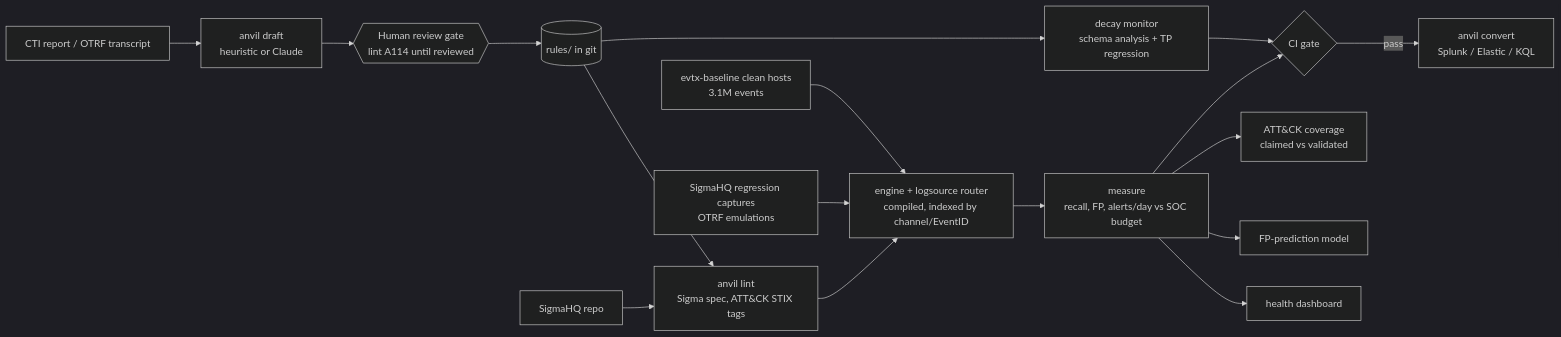
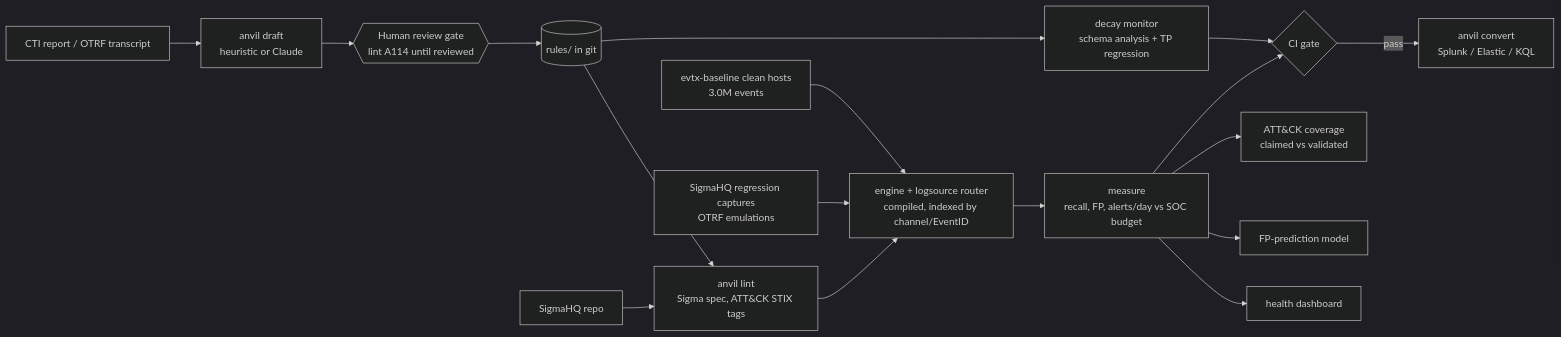
The diagram in README.md (rakshit-737/anvil), drawn with Mermaid (dark theme) before and after one commit. The commit also changed other lines of this file and 4 other files, not shown here.

````diff
--- a/README.md
+++ b/README.md
@@ -27,19 +27,19 @@
 ```mermaid
 flowchart LR
   CTI[CTI report / OTRF transcript] --> DR[anvil draft<br/>heuristic or Claude]
   DR --> RV{{Human review gate<br/>lint A114 until reviewed}}
   RV --> LIB[(rules/ in git)]
   SIG[SigmaHQ repo] --> LINT
   LIB --> LINT[anvil lint<br/>Sigma spec, ATT&CK STIX tags]
   LINT --> ENG[engine + logsource router<br/>compiled, indexed by channel/EventID]
   TP[SigmaHQ regression captures<br/>OTRF emulations] --> ENG
-  BEN[evtx-baseline clean hosts<br/>3.1M events] --> ENG
+  BEN[evtx-baseline clean hosts<br/>3.0M events] --> ENG
   ENG --> M[measure<br/>recall, FP, alerts/day vs SOC budget]
   M --> GATE{CI gate}
   GATE -->|pass| DEP[anvil convert<br/>Splunk / Elastic / KQL]
   M --> COV[ATT&CK coverage<br/>claimed vs validated]
   M --> FPM[FP-prediction model]
   LIB --> DEC[decay monitor<br/>schema analysis + TP regression]
   DEC --> GATE
   M --> DASH[health dashboard]
 ```
````
